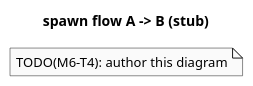
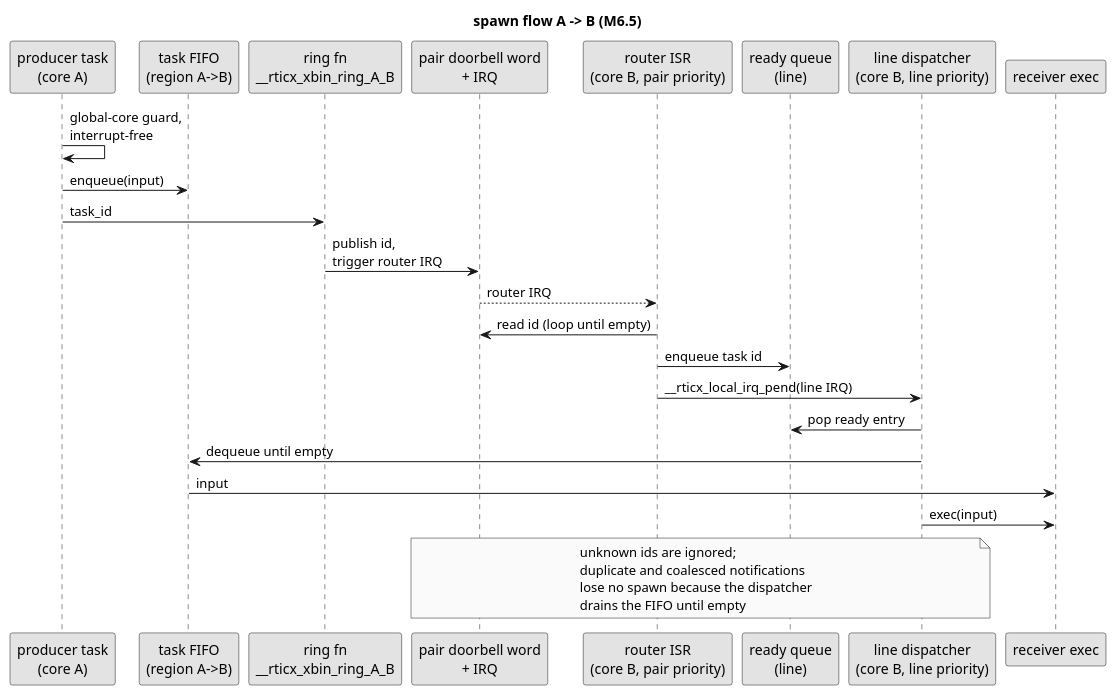
The diagram in experiments/multibinary/docs/diagrams/03-spawn-timeline.puml (rticx-rs/rticx), drawn with PlantUML before and after one commit. The commit also changed 19 other files, not shown here.

```diff
--- a/experiments/multibinary/docs/diagrams/03-spawn-timeline.puml
+++ b/experiments/multibinary/docs/diagrams/03-spawn-timeline.puml
@@ -1,14 +1,41 @@
 @startuml 03-spawn-timeline
-' Diagram 3 — Spawn flow A->B: producer, FIFO, doorbell, ISR, dispatcher, exec.
+' Diagram 3 — Spawn flow A->B: producer, FIFO, ring function, doorbell router,
+' ready queue, line dispatcher, exec (M6.5).
 ' Source of truth: docs/architecture.md §4 §7, plan §8.
-' TODO(M6-T4): author this diagram.
 
-title spawn flow A -> B (stub)
+title spawn flow A -> B (M6.5)
 
 skinparam shadowing false
 skinparam monochrome true
 skinparam defaultFontName monospace
 
-note "TODO(M6-T4): author this diagram" as todo
+participant "producer task\n(core A)" as P
+participant "task FIFO\n(region A->B)" as F
+participant "ring fn\n__rticx_xbin_ring_A_B" as R
+participant "pair doorbell word\n+ IRQ" as D
+participant "router ISR\n(core B, pair priority)" as RT
+participant "ready queue\n(line)" as Q
+participant "line dispatcher\n(core B, line priority)" as DS
+participant "receiver exec" as X
+
+P -> P : global-core guard,\ninterrupt-free
+P -> F : enqueue(input)
+P -> R : task_id
+R -> D : publish id,\ntrigger router IRQ
+D --> RT : router IRQ
+RT -> D : read id (loop until empty)
+RT -> Q : enqueue task id
+RT -> DS : __rticx_local_irq_pend(line IRQ)
+DS -> Q : pop ready entry
+DS -> F : dequeue until empty
+F -> X : input
+DS -> X : exec(input)
+
+note over D, DS
+  unknown ids are ignored;
+  duplicate and coalesced notifications
+  lose no spawn because the dispatcher
+  drains the FIFO until empty
+end note
 
 @enduml
```
